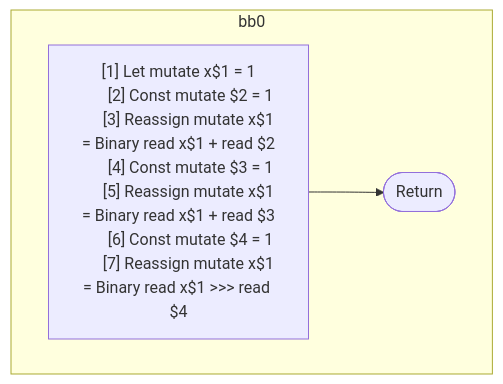
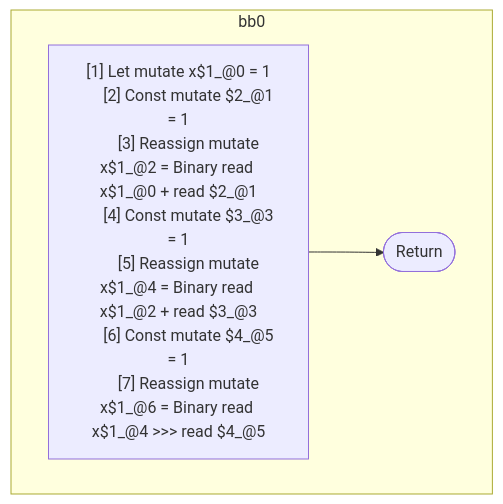
Before and after one commit to wutsmog/private: the first of 2 diagrams in compiler/forget/src/__tests__/fixtures/hir/assignment-variations.expect.md, drawn with Mermaid. The commit also changed other lines of this file and 60 other files, not shown here.

````diff
--- a/compiler/forget/src/__tests__/fixtures/hir/assignment-variations.expect.md
+++ b/compiler/forget/src/__tests__/fixtures/hir/assignment-variations.expect.md
@@ -35,19 +35,19 @@
 ```mermaid
 flowchart TB
   %% Basic Blocks
   subgraph bb0
     bb0_instrs["
-      [1] Let mutate x$1 = 1
-      [2] Const mutate $2 = 1
-      [3] Reassign mutate x$1 = Binary read x$1 + read $2
-      [4] Const mutate $3 = 1
-      [5] Reassign mutate x$1 = Binary read x$1 + read $3
-      [6] Const mutate $4 = 1
-      [7] Reassign mutate x$1 = Binary read x$1 >>> read $4
+      [1] Let mutate x$1_@0 = 1
+      [2] Const mutate $2_@1 = 1
+      [3] Reassign mutate x$1_@2 = Binary read x$1_@0 + read $2_@1
+      [4] Const mutate $3_@3 = 1
+      [5] Reassign mutate x$1_@4 = Binary read x$1_@2 + read $3_@3
+      [6] Const mutate $4_@5 = 1
+      [7] Reassign mutate x$1_@6 = Binary read x$1_@4 >>> read $4_@5
     "]
     bb0_instrs --> bb0_terminal(["Return"])
   end
 
   %% Jumps
   %% empty
 ```
````
